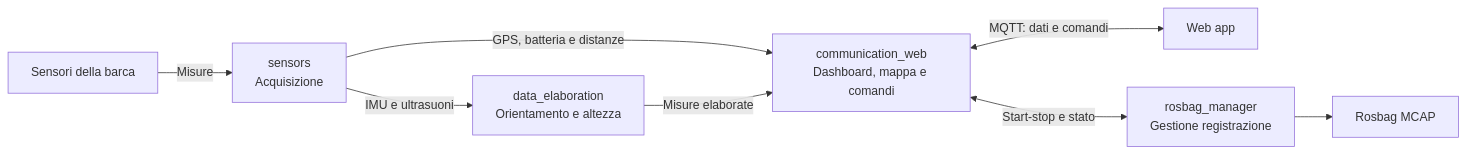
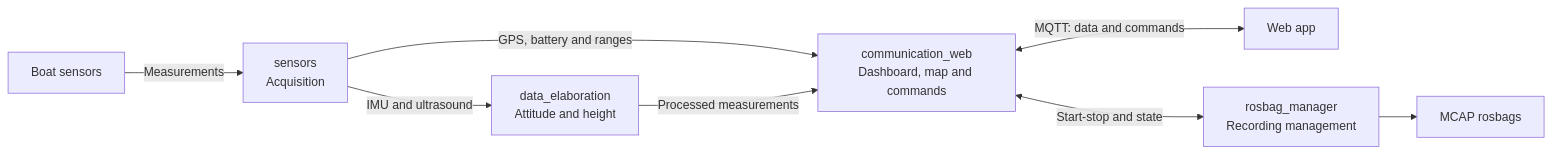
One commit to agirsailing/sailing_ros changed the diagram in ros2_ws/README.md. Above: the diagram before and after it, drawn with Mermaid. The commit also changed other lines of this file and 44 other files, not shown here.

````diff
--- a/ros2_ws/README.md
+++ b/ros2_ws/README.md
@@ -36,10 +36,10 @@
 ```mermaid
 flowchart LR
-    hw["Sensori della barca"] -->|Misure| sensors["sensors<br/>Acquisizione"]
-    sensors -->|IMU e ultrasuoni| processing["data_elaboration<br/>Orientamento e altezza"]
-    sensors -->|GPS, batteria e distanze| gateway["communication_web<br/>Dashboard, mappa e comandi"]
-    processing -->|Misure elaborate| gateway
-    gateway <-->|MQTT: dati e comandi| web["Web app"]
-    gateway <-->|Start-stop e stato| bags["rosbag_manager<br/>Gestione registrazione"]
-    bags --> files["Rosbag MCAP"]
+    hw["Boat sensors"] -->|Measurements| sensors["sensors<br/>Acquisition"]
+    sensors -->|IMU and ultrasound| processing["data_elaboration<br/>Attitude and height"]
+    sensors -->|GPS, battery and ranges| gateway["communication_web<br/>Dashboard, map and commands"]
+    processing -->|Processed measurements| gateway
+    gateway <-->|MQTT: data and commands| web["Web app"]
+    gateway <-->|Start-stop and state| bags["rosbag_manager<br/>Recording management"]
+    bags --> files["MCAP rosbags"]
 ```
````
